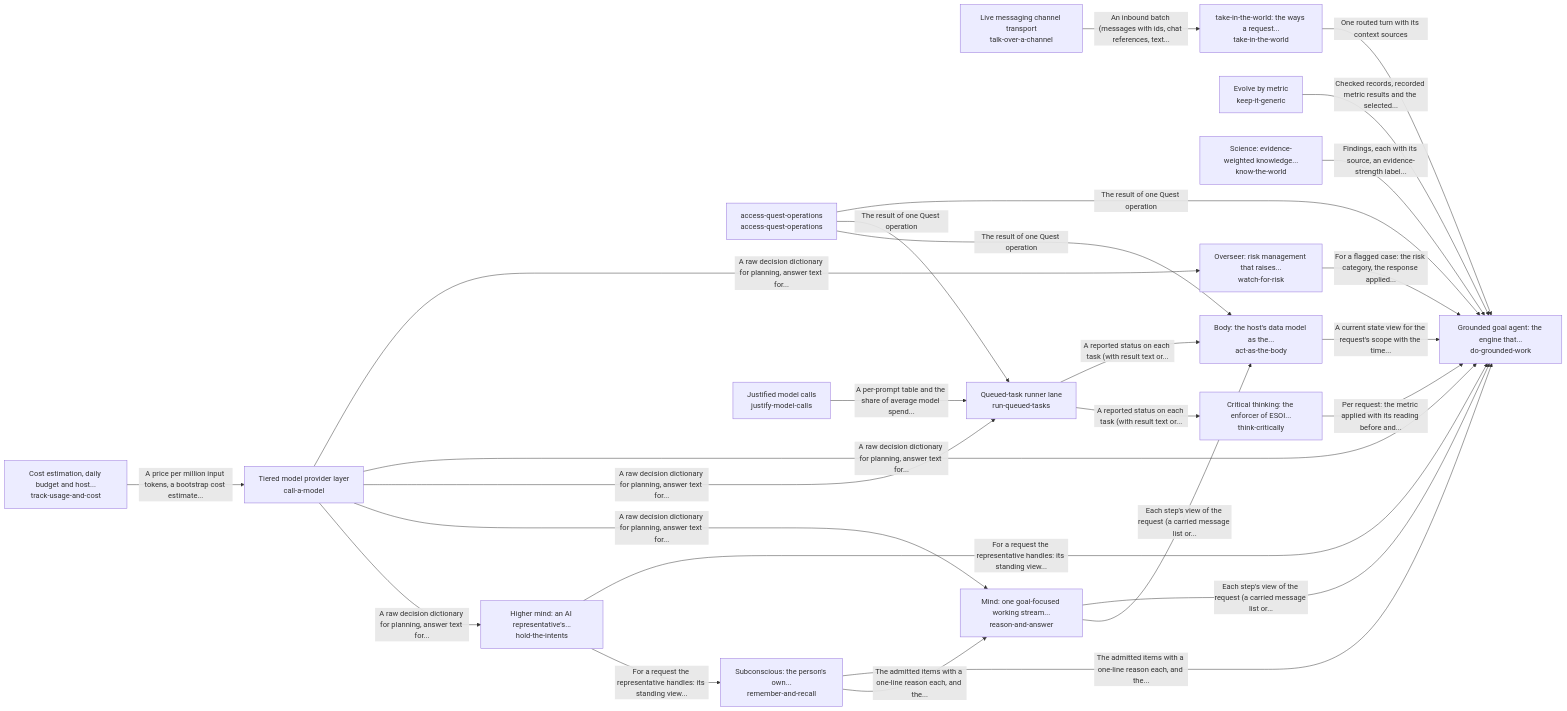
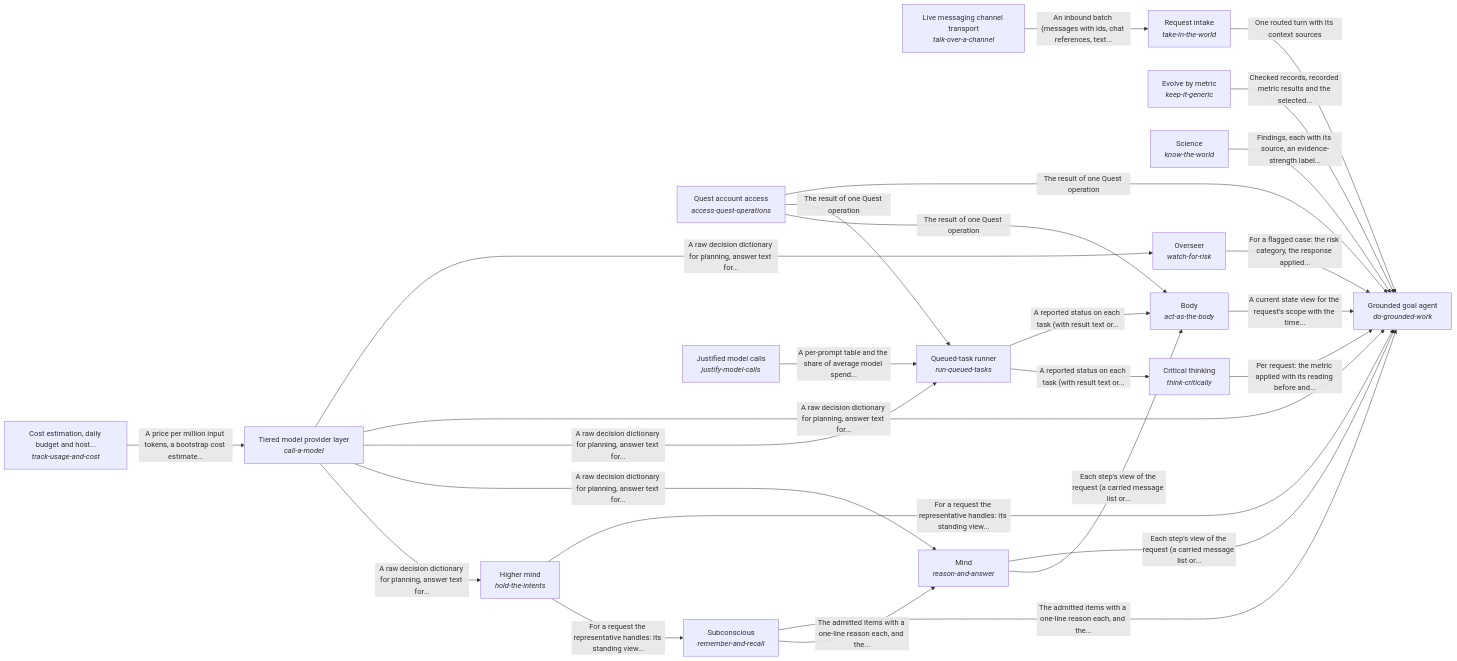
The diagram in esoi/README.md (SpiritualData/quest-ai-runner), drawn with Mermaid before and after one commit. The commit also changed other lines of this file and 111 other files, not shown here.

Commit message:
Human names lead every record: name every solution, metric and arm, and rewrite each intent's coherence paragraph in display names (regenerated readmes, diagrams, tracker)

````diff
--- a/esoi/README.md
+++ b/esoi/README.md
@@ -17,44 +17,44 @@
 ```mermaid
 flowchart LR
-    s0["Tiered model provider layer<br/>call-a-model"]
-    s1["Live messaging channel transport<br/>talk-over-a-channel"]
-    s2["Overseer: risk management that raises...<br/>watch-for-risk"]
-    s3["Cost estimation, daily budget and host...<br/>track-usage-and-cost"]
-    s4["Evolve by metric<br/>keep-it-generic"]
-    s5["Science: evidence-weighted knowledge...<br/>know-the-world"]
-    s6["Grounded goal agent: the engine that...<br/>do-grounded-work"]
-    s7["Queued-task runner lane<br/>run-queued-tasks"]
-    s8["Mind: one goal-focused working stream...<br/>reason-and-answer"]
-    s9["Body: the host's data model as the...<br/>act-as-the-body"]
-    s10["Higher mind: an AI representative's...<br/>hold-the-intents"]
-    s11["Critical thinking: the enforcer of ESOI...<br/>think-critically"]
-    s12["access-quest-operations<br/>access-quest-operations"]
-    s13["take-in-the-world: the ways a request...<br/>take-in-the-world"]
-    s14["Subconscious: the person's own...<br/>remember-and-recall"]
-    s15["Justified model calls<br/>justify-model-calls"]
+    s0["Tiered model provider layer<br/><i>call-a-model</i>"]
+    s1["Live messaging channel transport<br/><i>talk-over-a-channel</i>"]
+    s2["Overseer<br/><i>watch-for-risk</i>"]
+    s3["Cost estimation, daily budget and host...<br/><i>track-usage-and-cost</i>"]
+    s4["Evolve by metric<br/><i>keep-it-generic</i>"]
+    s5["Science<br/><i>know-the-world</i>"]
+    s6["Grounded goal agent<br/><i>do-grounded-work</i>"]
+    s7["Queued-task runner<br/><i>run-queued-tasks</i>"]
+    s8["Mind<br/><i>reason-and-answer</i>"]
+    s9["Body<br/><i>act-as-the-body</i>"]
+    s10["Higher mind<br/><i>hold-the-intents</i>"]
+    s11["Critical thinking<br/><i>think-critically</i>"]
+    s12["Quest account access<br/><i>access-quest-operations</i>"]
+    s13["Request intake<br/><i>take-in-the-world</i>"]
+    s14["Subconscious<br/><i>remember-and-recall</i>"]
+    s15["Justified model calls<br/><i>justify-model-calls</i>"]
     s0 -->|"A raw decision dictionary for planning, answer text for..."| s2
     s0 -->|"A raw decision dictionary for planning, answer text for..."| s6
     s0 -->|"A raw decision dictionary for planning, answer text for..."| s7
     s0 -->|"A raw decision dictionary for planning, answer text for..."| s8
     s0 -->|"A raw decision dictionary for planning, answer text for..."| s10
     s1 -->|"An inbound batch (messages with ids, chat references, text..."| s13
     s2 -->|"For a flagged case: the risk category, the response applied..."| s6
     s3 -->|"A price per million input tokens, a bootstrap cost estimate..."| s0
     s4 -->|"Checked records, recorded metric results and the selected..."| s6
     s5 -->|"Findings, each with its source, an evidence-strength label..."| s6
     s7 -->|"A reported status on each task (with result text or..."| s9
     s7 -->|"A reported status on each task (with result text or..."| s11
     s8 -->|"Each step's view of the request (a carried message list or..."| s6
     s8 -->|"Each step's view of the request (a carried message list or..."| s9
     s9 -->|"A current state view for the request's scope with the time..."| s6
     s10 -->|"For a request the representative handles: its standing view..."| s6
     s10 -->|"For a request the representative handles: its standing view..."| s14
     s11 -->|"Per request: the metric applied with its reading before and..."| s6
     s12 -->|"The result of one Quest operation"| s6
     s12 -->|"The result of one Quest operation"| s7
     s12 -->|"The result of one Quest operation"| s9
     s13 -->|"One routed turn with its context sources"| s6
     s14 -->|"The admitted items with a one-line reason each, and the..."| s6
     s14 -->|"The admitted items with a one-line reason each, and the..."| s8
     s15 -->|"A per-prompt table and the share of average model spend..."| s7
 ```
````
